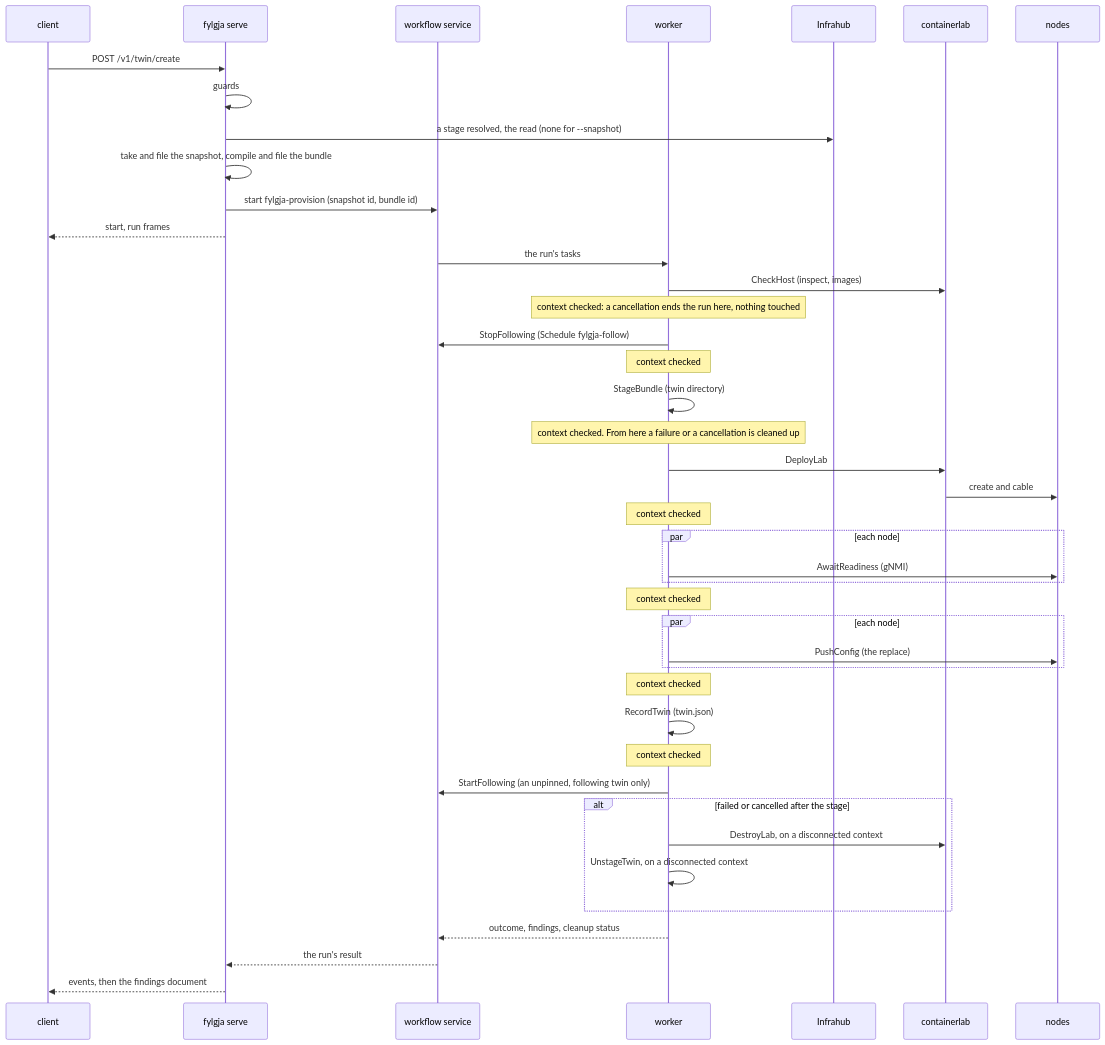
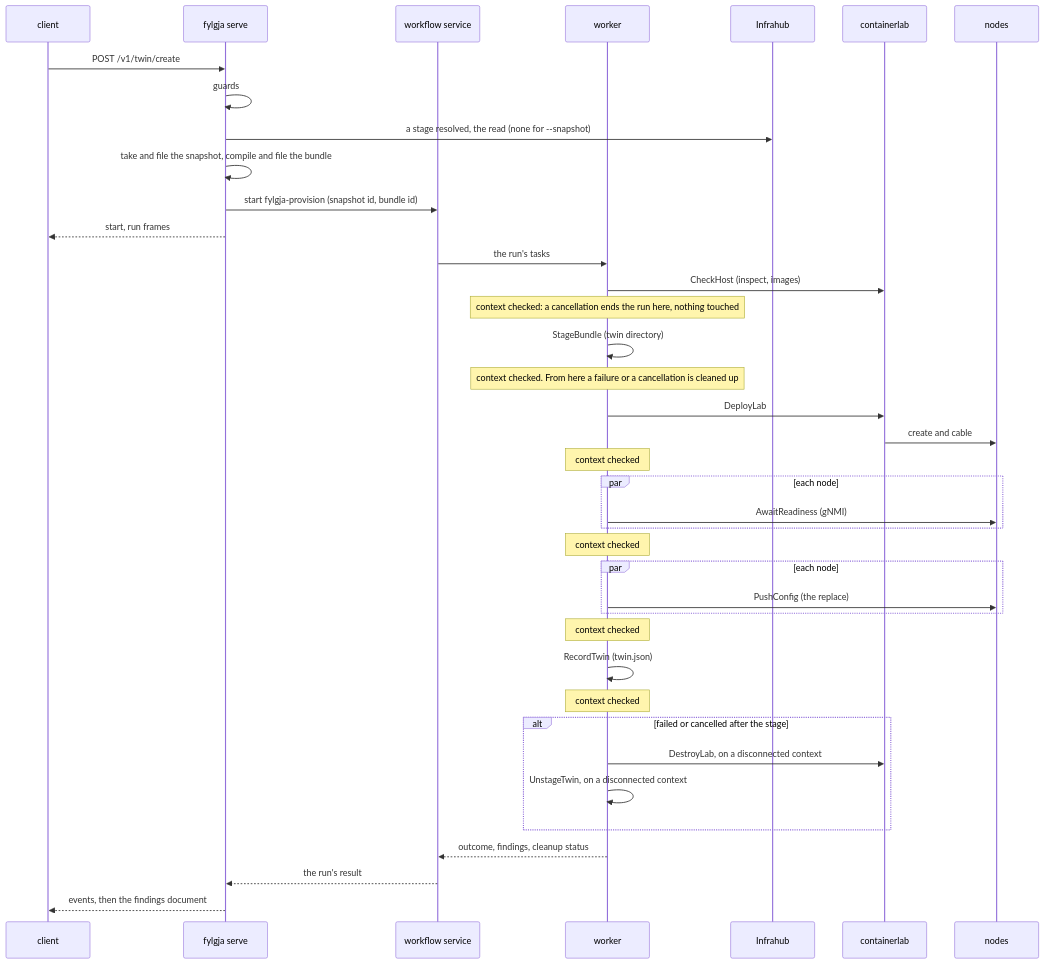
Before and after one commit to happypathnetworking/fylgja: the third of 5 diagrams in docs/architecture.md, drawn with Mermaid. The commit also changed other lines of this file and 8 other files, not shown here.

````diff
--- a/docs/architecture.md
+++ b/docs/architecture.md
@@ -775,44 +749,41 @@
 ```mermaid
 sequenceDiagram
     participant C as client
     participant S as fylgja serve
     participant T as workflow service
     participant W as worker
     participant I as Infrahub
     participant L as containerlab
     participant N as nodes
     C->>S: POST /v1/twin/create
     S->>S: guards
     S->>I: a stage resolved, the read (none for --snapshot)
     S->>S: take and file the snapshot, compile and file the bundle
     S->>T: start fylgja-provision (snapshot id, bundle id)
     S-->>C: start, run frames
     T->>W: the run's tasks
     W->>L: CheckHost (inspect, images)
     Note over W: context checked: a cancellation ends the run here, nothing touched
-    W->>T: StopFollowing (Schedule fylgja-follow)
-    Note over W: context checked
     W->>W: StageBundle (twin directory)
     Note over W: context checked. From here a failure or a cancellation is cleaned up
     W->>L: DeployLab
     L->>N: create and cable
     Note over W: context checked
     par each node
         W->>N: AwaitReadiness (gNMI)
     end
     Note over W: context checked
     par each node
         W->>N: PushConfig (the replace)
     end
     Note over W: context checked
     W->>W: RecordTwin (twin.json)
     Note over W: context checked
-    W->>T: StartFollowing (an unpinned, following twin only)
     alt failed or cancelled after the stage
         W->>L: DestroyLab, on a disconnected context
         W->>W: UnstageTwin, on a disconnected context
     end
     W-->>T: outcome, findings, cleanup status
     T-->>S: the run's result
     S-->>C: events, then the findings document
 ```
````
